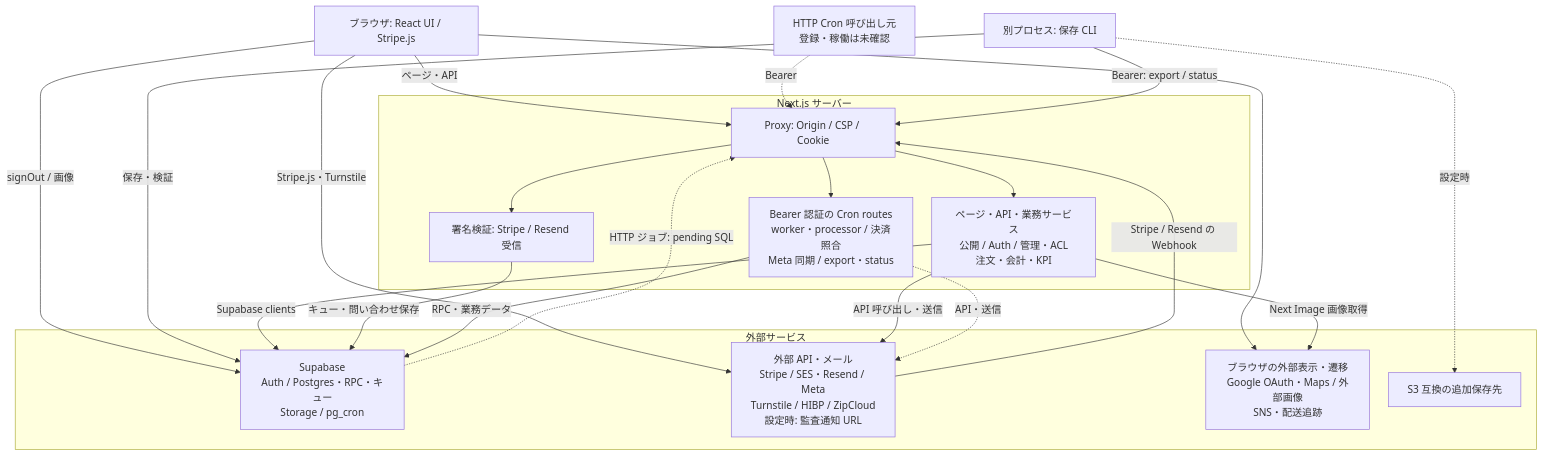
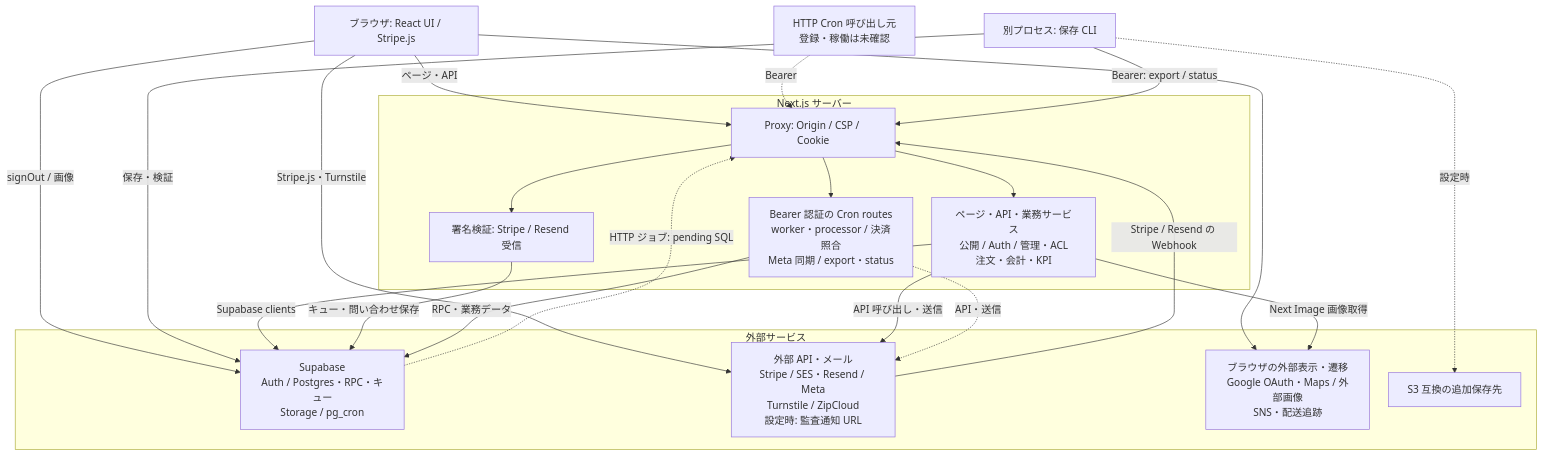
The first of 5 diagrams in docs/03_BasicDesign/architecture/system-overview.md (ChocoWork/o_official), drawn with Mermaid before and after one commit. The commit also changed other lines of this file and 10 other files, not shown here.

````diff
--- a/docs/03_BasicDesign/architecture/system-overview.md
+++ b/docs/03_BasicDesign/architecture/system-overview.md
@@ -21,41 +21,41 @@
 ```mermaid
 %%{init: {'flowchart': {'nodeSpacing': 30, 'rankSpacing': 40}}}%%
 flowchart TB
   Browser["ブラウザ: React UI / Stripe.js"]
   Caller["HTTP Cron 呼び出し元<br/>登録・稼働は未確認"]
   Archive["別プロセス: 保存 CLI"]
 
   subgraph app["Next.js サーバー"]
     Proxy["Proxy: Origin / CSP / Cookie"]
     Routes["ページ・API・業務サービス<br/>公開 / Auth / 管理・ACL<br/>注文・会計・KPI"]
     Receivers["署名検証: Stripe / Resend 受信"]
     Jobs["Bearer 認証の Cron routes<br/>worker・processor / 決済照合<br/>Meta 同期 / export・status"]
     Proxy --> Routes
     Proxy --> Receivers
     Proxy --> Jobs
   end
 
   subgraph external["外部サービス"]
     SB["Supabase<br/>Auth / Postgres・RPC・キュー<br/>Storage / pg_cron"]
-    Services["外部 API・メール<br/>Stripe / SES・Resend / Meta<br/>Turnstile / HIBP / ZipCloud<br/>設定時: 監査通知 URL"]
+    Services["外部 API・メール<br/>Stripe / SES・Resend / Meta<br/>Turnstile / ZipCloud<br/>設定時: 監査通知 URL"]
     Resources["ブラウザの外部表示・遷移<br/>Google OAuth・Maps / 外部画像<br/>SNS・配送追跡"]
     S3["S3 互換の追加保存先"]
   end
 
   Browser -->|ページ・API| Proxy
   Browser -->|Stripe.js・Turnstile| Services
   Browser -->|signOut / 画像| SB
   Browser --> Resources
   Caller -.->|Bearer| Proxy
   Archive -->|Bearer: export / status| Proxy
   Archive -->|保存・検証| SB
   Archive -.->|設定時| S3
   Routes -->|Supabase clients| SB
   Routes -->|API 呼び出し・送信| Services
   Receivers -->|キュー・問い合わせ保存| SB
   Jobs -->|RPC・業務データ| SB
   Jobs -.->|API・送信| Services
   Services -->|Stripe / Resend の Webhook| Proxy
   Routes -->|Next Image 画像取得| Resources
   SB -.->|HTTP ジョブ: pending SQL| Proxy
 ```
````
